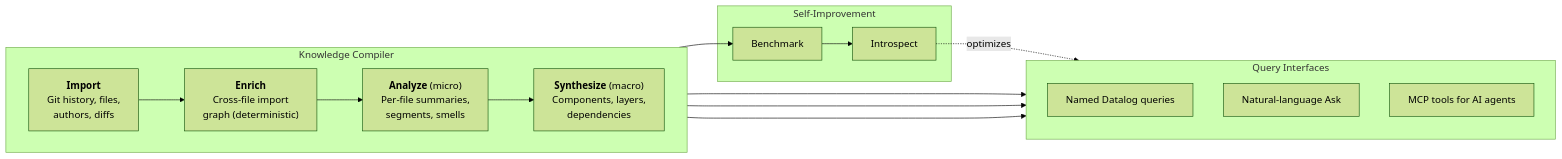
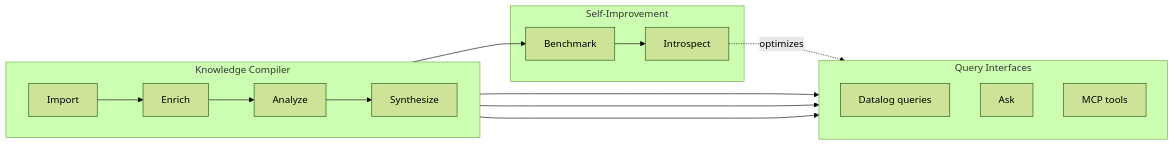
One commit to leifericf/noumenon changed the first of 5 diagrams in README.md. Above: the diagram before and after it, drawn with Mermaid (forest theme). The commit also changed other lines of this file, not shown here.

First line of the commit message:
fix(docs): clean up mermaid diagrams in README

````diff
--- a/README.md
+++ b/README.md
@@ -119,27 +119,27 @@
 ```mermaid
 flowchart LR
   subgraph compile["Knowledge Compiler"]
     direction LR
-    A["<b>Import</b><br/>Git history, files,<br/>authors, diffs"] --> B["<b>Enrich</b><br/>Cross-file import<br/>graph (deterministic)"]
-    B --> C["<b>Analyze</b> (micro)<br/>Per-file summaries,<br/>segments, smells"]
-    C --> D["<b>Synthesize</b> (macro)<br/>Components, layers,<br/>dependencies"]
+    A[Import] --> B[Enrich]
+    B --> C[Analyze]
+    C --> D[Synthesize]
   end
 
   subgraph use["Query Interfaces"]
     direction TB
-    E["Named Datalog queries"]
-    F["Natural-language Ask"]
-    G["MCP tools for AI agents"]
+    E[Datalog queries]
+    F[Ask]
+    G[MCP tools]
   end
 
   D --> E
   D --> F
   D --> G
 
   subgraph improve["Self-Improvement"]
-    H["Benchmark"] --> I["Introspect"]
+    H[Benchmark] --> I[Introspect]
   end
 
   D --> H
   I -.->|optimizes| F
 ```
````
